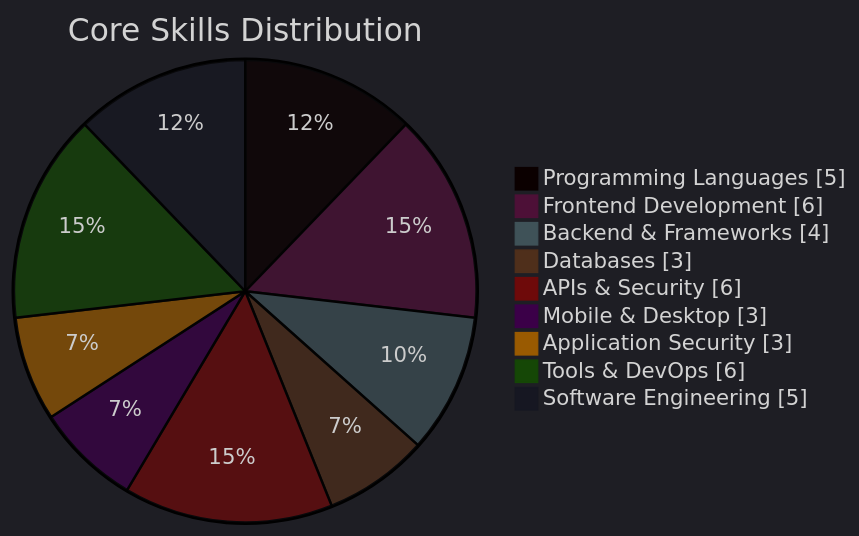
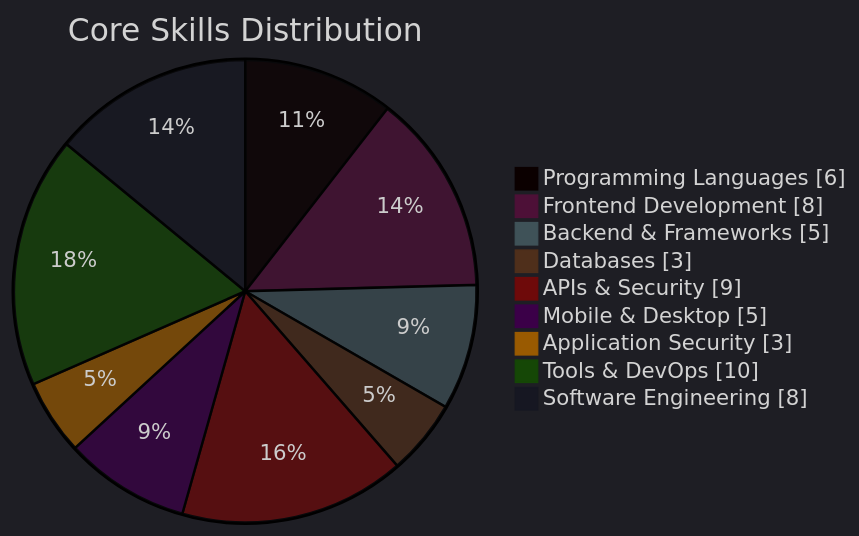
The sixth of 7 diagrams in README.md (Ahamed369/Ahamed369), drawn with Mermaid before and after one commit. The commit also changed other lines of this file, not shown here.

````diff
--- a/README.md
+++ b/README.md
@@ -757,14 +1058,14 @@
 ```mermaid
 %%{init: {'theme':'dark','themeVariables':{'primaryColor':'#102216','primaryTextColor':'#11D452','primaryBorderColor':'#11D452','lineColor':'#11D452','fontFamily':'JetBrains Mono'}}}%%
 pie showData
     title Core Skills Distribution
-    "Programming Languages" : 5
-    "Frontend Development" : 6
-    "Backend & Frameworks" : 4
+    "Programming Languages" : 6
+    "Frontend Development" : 8
+    "Backend & Frameworks" : 5
     "Databases" : 3
-    "APIs & Security" : 6
-    "Mobile & Desktop" : 3
+    "APIs & Security" : 9
+    "Mobile & Desktop" : 5
     "Application Security" : 3
-    "Tools & DevOps" : 6
-    "Software Engineering" : 5
+    "Tools & DevOps" : 10
+    "Software Engineering" : 8
 ```
````
